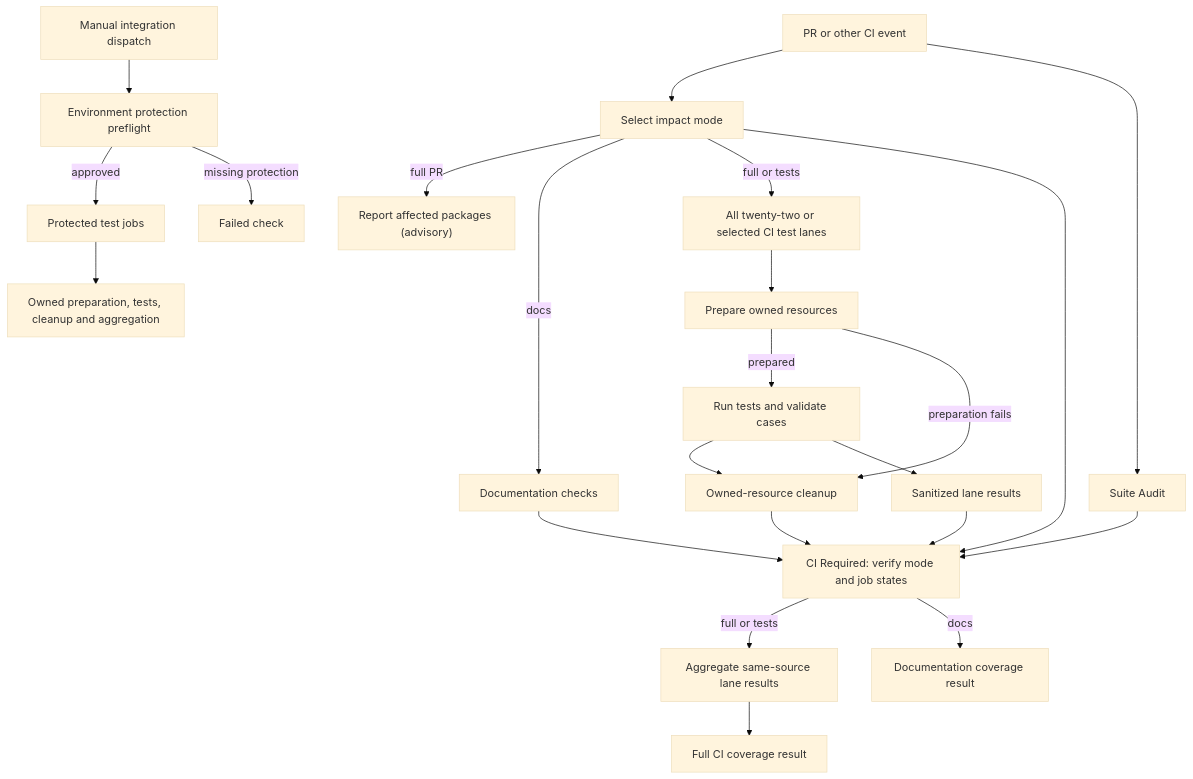
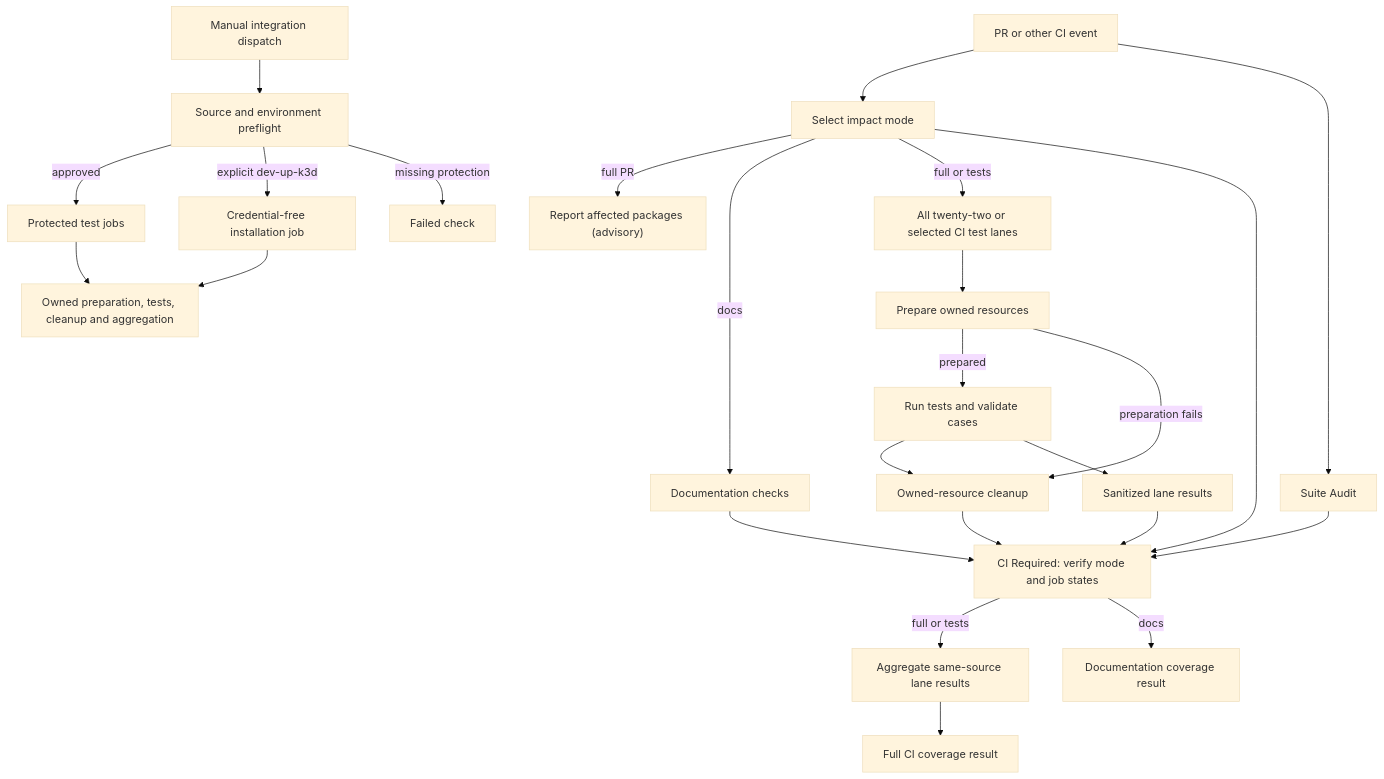
Before and after one commit to IAMSamuelRodda/openclaw-enterprise: the diagram in docs/flows/github-actions-testing.md, drawn with Mermaid (base theme). The commit also changed other lines of this file and 29 other files, not shown here.

````diff
--- a/docs/flows/github-actions-testing.md
+++ b/docs/flows/github-actions-testing.md
@@ -21,25 +21,27 @@
 ```mermaid
 graph TD
   A["PR or other CI event"] --> S["Select impact mode"]
   A --> N["Suite Audit"]
   S -->|full PR| Q["Report affected packages (advisory)"]
   S -->|docs| D["Documentation checks"]
   S -->|full or tests| B["All twenty-two or selected CI test lanes"]
   B --> F["Prepare owned resources"]
   F -->|prepared| H["Run tests and validate cases"]
   F -->|preparation fails| J["Owned-resource cleanup"]
   H --> J
   H --> K["Sanitized lane results"]
   J --> G["CI Required: verify mode and job states"]
   S --> G
   N --> G
   D --> G
   K --> G
   G -->|full or tests| L["Aggregate same-source lane results"]
   G -->|docs| M["Documentation coverage result"]
   L --> R["Full CI coverage result"]
-  C["Manual integration dispatch"] --> P["Environment protection preflight"]
+  C["Manual integration dispatch"] --> P["Source and environment preflight"]
   P -->|approved| E["Protected test jobs"]
+  P -->|explicit dev-up-k3d| U["Credential-free installation job"]
+  U --> T
   P -->|missing protection| X["Failed check"]
   E --> T["Owned preparation, tests, cleanup and aggregation"]
 ```
````
